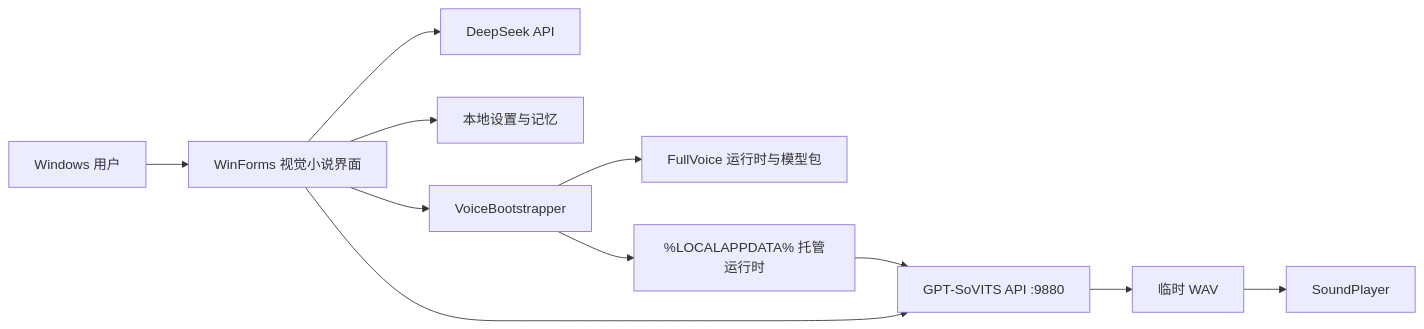
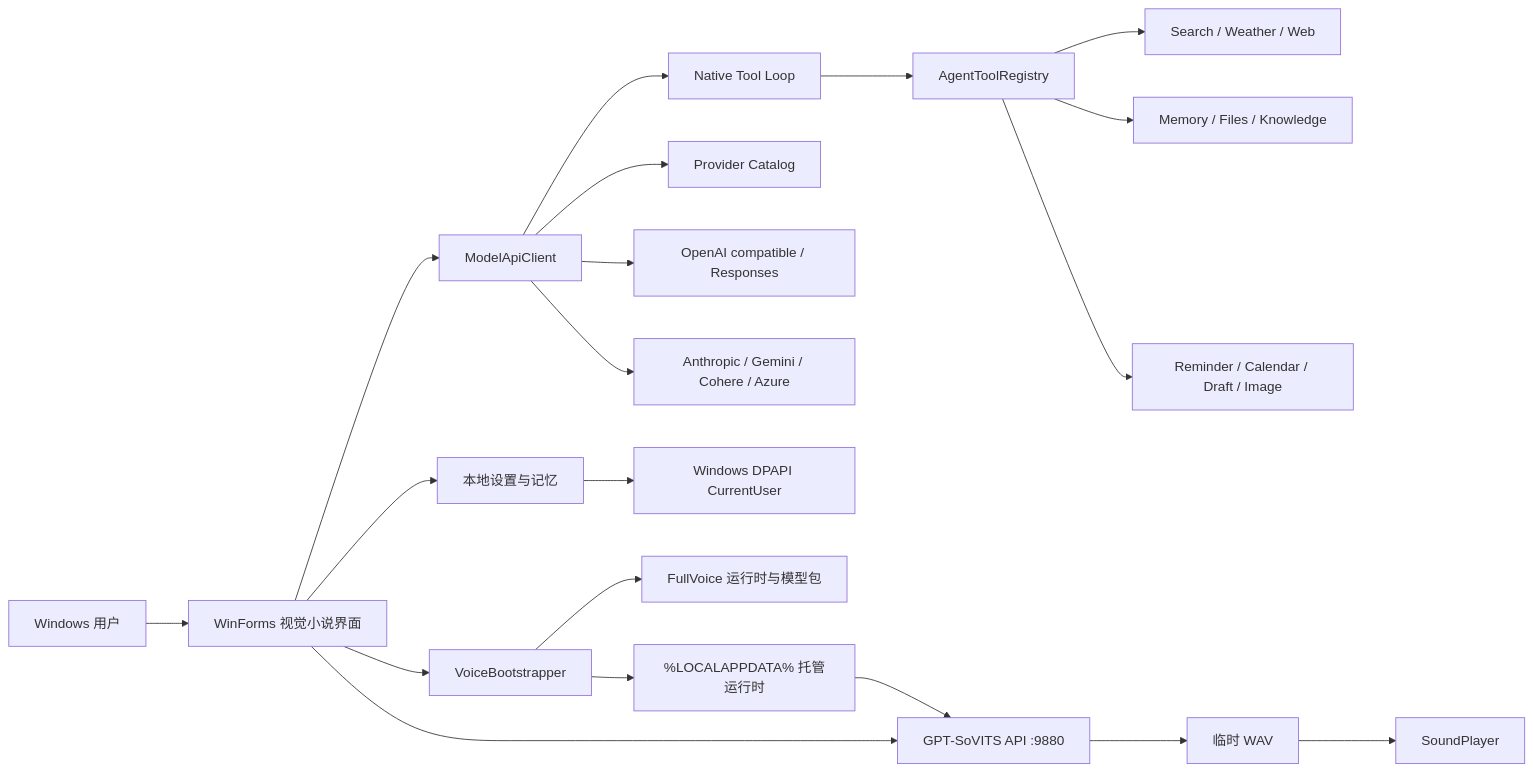
The diagram in docs/彩叶_Iroha_Agent_工程验收与交接手册.md (kdjmd/Iroha-agent), drawn with Mermaid before and after one commit. The commit also changed other lines of this file and 219 other files, not shown here.

Commit message:
Add multi-provider tools and Windows v2.3 release

````diff
--- a/docs/彩叶_Iroha_Agent_工程验收与交接手册.md
+++ b/docs/彩叶_Iroha_Agent_工程验收与交接手册.md
@@ -44,13 +53,22 @@
 ```mermaid
 flowchart LR
     U[Windows 用户] --> UI[WinForms 视觉小说界面]
-    UI --> DS[DeepSeek API]
+    UI --> MA[ModelApiClient]
+    MA --> LOOP[Native Tool Loop]
+    LOOP --> REG[AgentToolRegistry]
+    REG --> NET[Search / Weather / Web]
+    REG --> LOCAL[Memory / Files / Knowledge]
+    REG --> LIFE[Reminder / Calendar / Draft / Image]
+    MA --> CAT[Provider Catalog]
+    MA --> OA[OpenAI compatible / Responses]
+    MA --> AN[Anthropic / Gemini / Cohere / Azure]
     UI --> MEM[本地设置与记忆]
+    MEM --> CRED[Windows DPAPI CurrentUser]
     UI --> VB[VoiceBootstrapper]
     VB --> PKG[FullVoice 运行时与模型包]
     VB --> RT[%LOCALAPPDATA% 托管运行时]
     RT --> GSV[GPT-SoVITS API :9880]
     UI --> GSV
     GSV --> WAV[临时 WAV]
     WAV --> SP[SoundPlayer]
 ```
````
